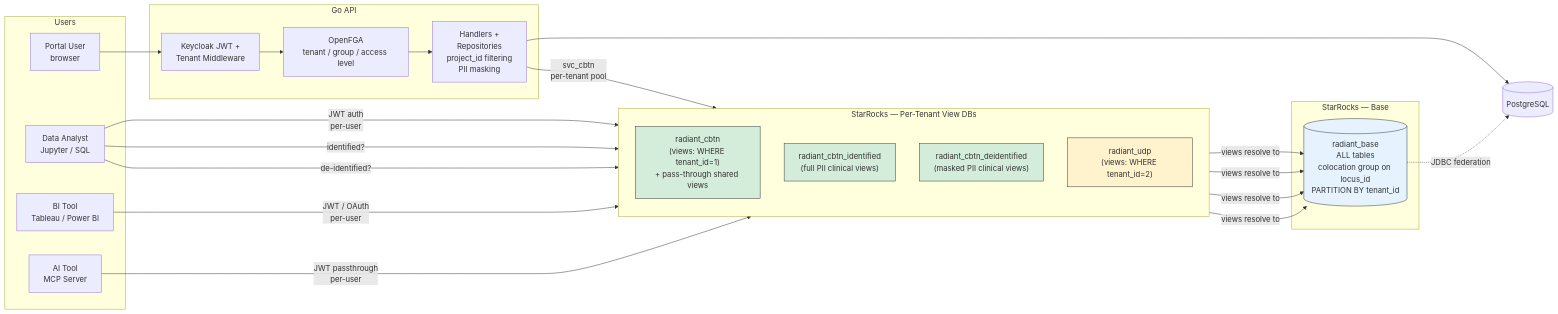
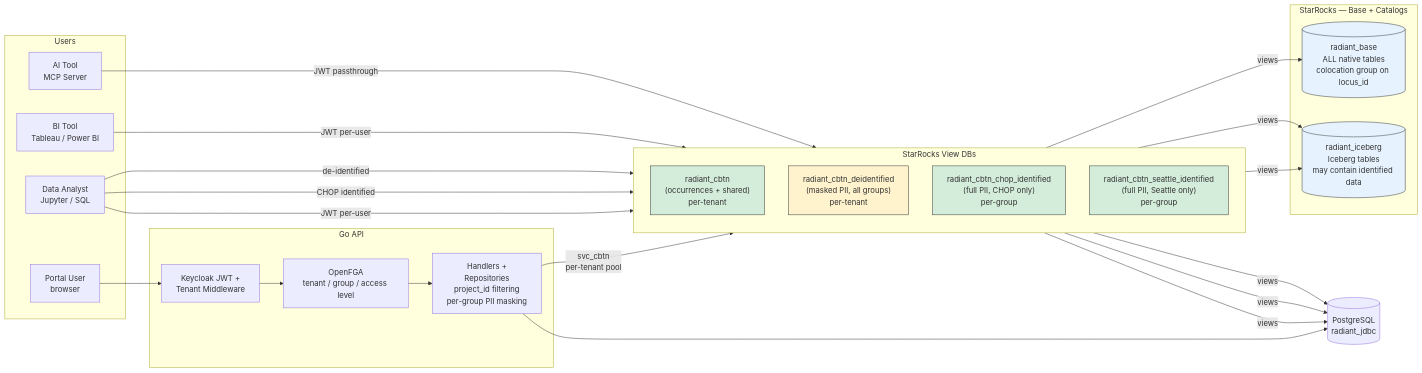
One commit to radiant-network/radiant-portal changed the second of 9 diagrams in docs/adr/multi-tenancy-security.md. Above: the diagram before and after it, drawn with Mermaid. The commit also changed other lines of this file, not shown here.

Commit message:
docs(adr): SJRA-0000 add per-group identified access and iceberg catalog

````diff
--- a/docs/adr/multi-tenancy-security.md
+++ b/docs/adr/multi-tenancy-security.md
@@ -111,49 +111,52 @@
 ```mermaid
 graph LR
     subgraph Users
         Portal[Portal User<br/>browser]
         Analyst[Data Analyst<br/>Jupyter / SQL]
         BI[BI Tool<br/>Tableau / Power BI]
         AI[AI Tool<br/>MCP Server]
     end
 
     subgraph "Go API"
         Auth[Keycloak JWT +<br/>Tenant Middleware]
         FGA[OpenFGA<br/>tenant / group / access level]
-        Handlers[Handlers +<br/>Repositories<br/>project_id filtering<br/>PII masking]
+        Handlers[Handlers +<br/>Repositories<br/>project_id filtering<br/>per-group PII masking]
     end
 
-    subgraph "StarRocks — Per-Tenant View DBs"
+    subgraph "StarRocks View DBs"
         direction TB
-        CBTN["radiant_cbtn<br/>(views: WHERE tenant_id=1)<br/>+ pass-through shared views"]
-        CBTN_ID["radiant_cbtn_identified<br/>(full PII clinical views)"]
-        CBTN_DEID["radiant_cbtn_deidentified<br/>(masked PII clinical views)"]
-        UDP["radiant_udp<br/>(views: WHERE tenant_id=2)"]
+        CBTN["radiant_cbtn<br/>(occurrences + shared)<br/>per-tenant"]
+        DEID["radiant_cbtn_deidentified<br/>(masked PII, all groups)<br/>per-tenant"]
+        CHOP_ID["radiant_cbtn_chop_identified<br/>(full PII, CHOP only)<br/>per-group"]
+        SEA_ID["radiant_cbtn_seattle_identified<br/>(full PII, Seattle only)<br/>per-group"]
     end
 
-    subgraph "StarRocks — Base"
-        BASE[("radiant_base<br/>ALL tables<br/>colocation group on locus_id<br/>PARTITION BY tenant_id")]
+    subgraph "StarRocks — Base + Catalogs"
+        BASE[("radiant_base<br/>ALL native tables<br/>colocation group on locus_id")]
+        ICE[("radiant_iceberg<br/>Iceberg tables<br/>may contain identified data")]
     end
 
-    PG[(PostgreSQL)]
+    PG[(PostgreSQL<br/>radiant_jdbc)]
 
     Portal --> Auth --> FGA --> Handlers
     Handlers -- "svc_cbtn<br/>per-tenant pool" --> CBTN
-    Analyst -- "JWT auth<br/>per-user" --> CBTN
-    Analyst -- "identified?" --> CBTN_ID
-    Analyst -- "de-identified?" --> CBTN_DEID
-    BI -- "JWT / OAuth<br/>per-user" --> CBTN
-    AI -- "JWT passthrough<br/>per-user" --> CBTN
-    CBTN -- "views resolve to" --> BASE
-    CBTN_ID -- "views resolve to" --> BASE
-    CBTN_DEID -- "views resolve to" --> BASE
-    UDP -- "views resolve to" --> BASE
-    BASE -. "JDBC federation" .-> PG
+    Analyst -- "JWT per-user" --> CBTN
+    Analyst -- "CHOP identified" --> CHOP_ID
+    Analyst -- "de-identified" --> DEID
+    BI -- "JWT per-user" --> CBTN
+    AI -- "JWT passthrough" --> CBTN
+    CBTN -- "views" --> BASE
+    CHOP_ID -- "views" --> PG
+    CHOP_ID -- "views" --> ICE
+    DEID -- "views" --> PG
+    DEID -- "views" --> ICE
+    SEA_ID -- "views" --> PG
     Handlers --> PG
 
     style BASE fill:#e6f3ff,stroke:#333
+    style ICE fill:#e6f3ff,stroke:#333
     style CBTN fill:#d4edda,stroke:#333
-    style CBTN_ID fill:#d4edda,stroke:#333
-    style CBTN_DEID fill:#d4edda,stroke:#333
-    style UDP fill:#fff3cd,stroke:#333
+    style DEID fill:#fff3cd,stroke:#333
+    style CHOP_ID fill:#d4edda,stroke:#333
+    style SEA_ID fill:#d4edda,stroke:#333
 ```
````
